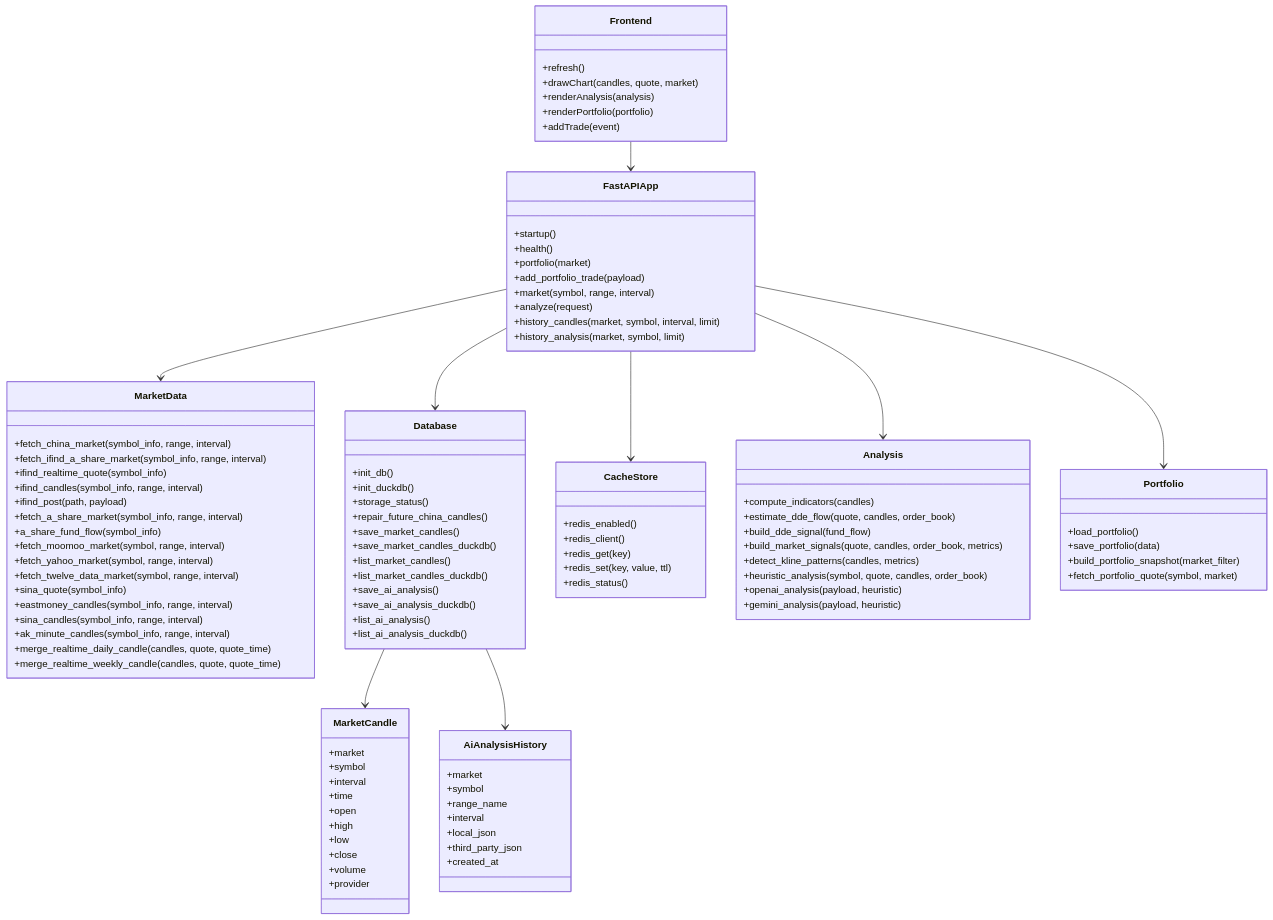
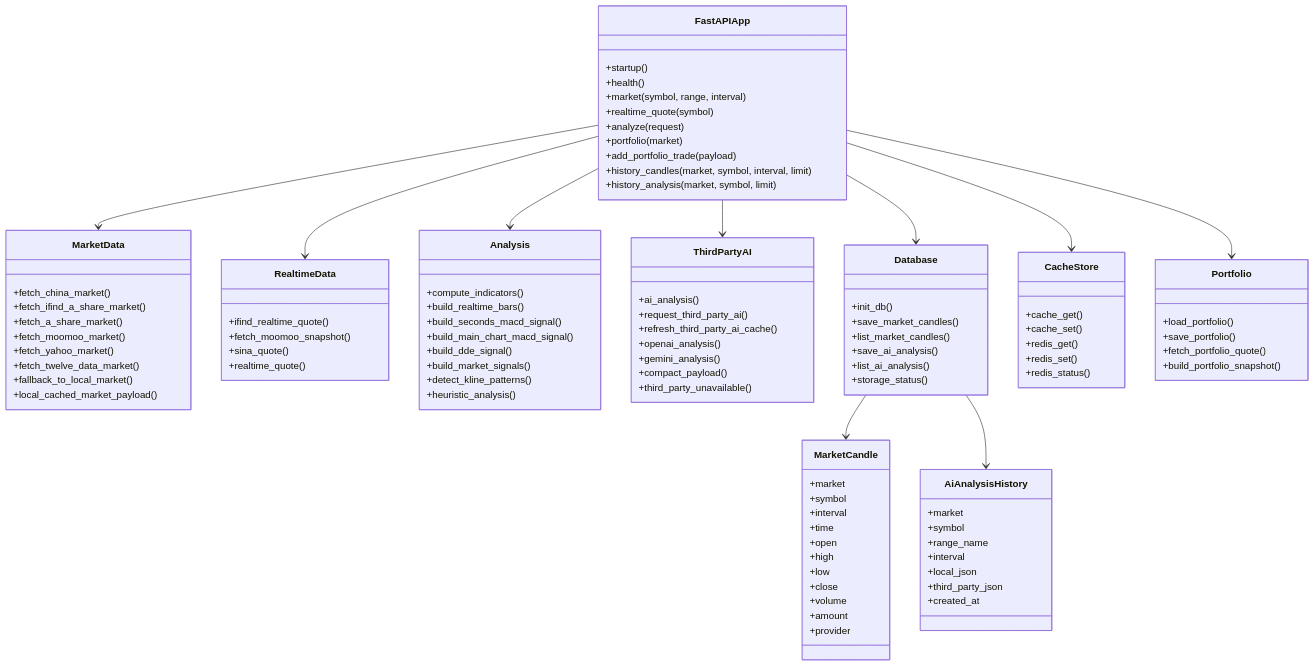
Before and after one commit to xrcloudnet/L2LLM: the second of 6 diagrams in docs/project_functions_uml.md, drawn with Mermaid. The commit also changed other lines of this file and 26 other files, not shown here.

````diff
--- a/docs/project_functions_uml.md
+++ b/docs/project_functions_uml.md
@@ -274,54 +388,76 @@
   class FastAPIApp {
     +startup()
     +health()
+    +market(symbol, range, interval)
+    +realtime_quote(symbol)
+    +analyze(request)
     +portfolio(market)
     +add_portfolio_trade(payload)
-    +market(symbol, range, interval)
-    +analyze(request)
     +history_candles(market, symbol, interval, limit)
     +history_analysis(market, symbol, limit)
   }
 
   class MarketData {
-    +fetch_china_market(symbol_info, range, interval)
-    +fetch_ifind_a_share_market(symbol_info, range, interval)
-    +ifind_realtime_quote(symbol_info)
-    +ifind_candles(symbol_info, range, interval)
-    +ifind_post(path, payload)
-    +fetch_a_share_market(symbol_info, range, interval)
-    +a_share_fund_flow(symbol_info)
-    +fetch_moomoo_market(symbol, range, interval)
-    +fetch_yahoo_market(symbol, range, interval)
-    +fetch_twelve_data_market(symbol, range, interval)
-    +sina_quote(symbol_info)
-    +eastmoney_candles(symbol_info, range, interval)
-    +sina_candles(symbol_info, range, interval)
-    +ak_minute_candles(symbol_info, range, interval)
-    +merge_realtime_daily_candle(candles, quote, quote_time)
-    +merge_realtime_weekly_candle(candles, quote, quote_time)
+    +fetch_china_market()
+    +fetch_ifind_a_share_market()
+    +fetch_a_share_market()
+    +fetch_moomoo_market()
+    +fetch_yahoo_market()
+    +fetch_twelve_data_market()
+    +fallback_to_local_market()
+    +local_cached_market_payload()
+  }
+
+  class RealtimeData {
+    +ifind_realtime_quote()
+    +fetch_moomoo_snapshot()
+    +sina_quote()
+    +realtime_quote()
+  }
+
+  class Analysis {
+    +compute_indicators()
+    +build_realtime_bars()
+    +build_seconds_macd_signal()
+    +build_main_chart_macd_signal()
+    +build_dde_signal()
+    +build_market_signals()
+    +detect_kline_patterns()
+    +heuristic_analysis()
+  }
+
+  class ThirdPartyAI {
+    +ai_analysis()
+    +request_third_party_ai()
+    +refresh_third_party_ai_cache()
+    +openai_analysis()
+    +gemini_analysis()
+    +compact_payload()
+    +third_party_unavailable()
   }
 
   class Database {
     +init_db()
-    +init_duckdb()
+    +save_market_candles()
+    +list_market_candles()
+    +save_ai_analysis()
+    +list_ai_analysis()
     +storage_status()
-    +repair_future_china_candles()
-    +save_market_candles()
-    +save_market_candles_duckdb()
-    +list_market_candles()
-    +list_market_candles_duckdb()
-    +save_ai_analysis()
-    +save_ai_analysis_duckdb()
-    +list_ai_analysis()
-    +list_ai_analysis_duckdb()
   }
 
   class CacheStore {
-    +redis_enabled()
-    +redis_client()
-    +redis_get(key)
-    +redis_set(key, value, ttl)
+    +cache_get()
+    +cache_set()
+    +redis_get()
+    +redis_set()
     +redis_status()
+  }
+
+  class Portfolio {
+    +load_portfolio()
+    +save_portfolio()
+    +fetch_portfolio_quote()
+    +build_portfolio_snapshot()
   }
 
   class MarketCandle {
@@ -334,6 +470,7 @@
     +low
     +close
     +volume
+    +amount
     +provider
   }
 
@@ -347,38 +484,13 @@
     +created_at
   }
 
-  class Analysis {
-    +compute_indicators(candles)
-    +estimate_dde_flow(quote, candles, order_book)
-    +build_dde_signal(fund_flow)
-    +build_market_signals(quote, candles, order_book, metrics)
-    +detect_kline_patterns(candles, metrics)
-    +heuristic_analysis(symbol, quote, candles, order_book)
-    +openai_analysis(payload, heuristic)
-    +gemini_analysis(payload, heuristic)
-  }
-
-  class Portfolio {
-    +load_portfolio()
-    +save_portfolio(data)
-    +build_portfolio_snapshot(market_filter)
-    +fetch_portfolio_quote(symbol, market)
-  }
-
-  class Frontend {
-    +refresh()
-    +drawChart(candles, quote, market)
-    +renderAnalysis(analysis)
-    +renderPortfolio(portfolio)
-    +addTrade(event)
-  }
-
   FastAPIApp --> MarketData
+  FastAPIApp --> RealtimeData
   FastAPIApp --> Analysis
-  FastAPIApp --> Portfolio
+  FastAPIApp --> ThirdPartyAI
   FastAPIApp --> Database
   FastAPIApp --> CacheStore
+  FastAPIApp --> Portfolio
   Database --> MarketCandle
   Database --> AiAnalysisHistory
-  Frontend --> FastAPIApp
 ```
````
